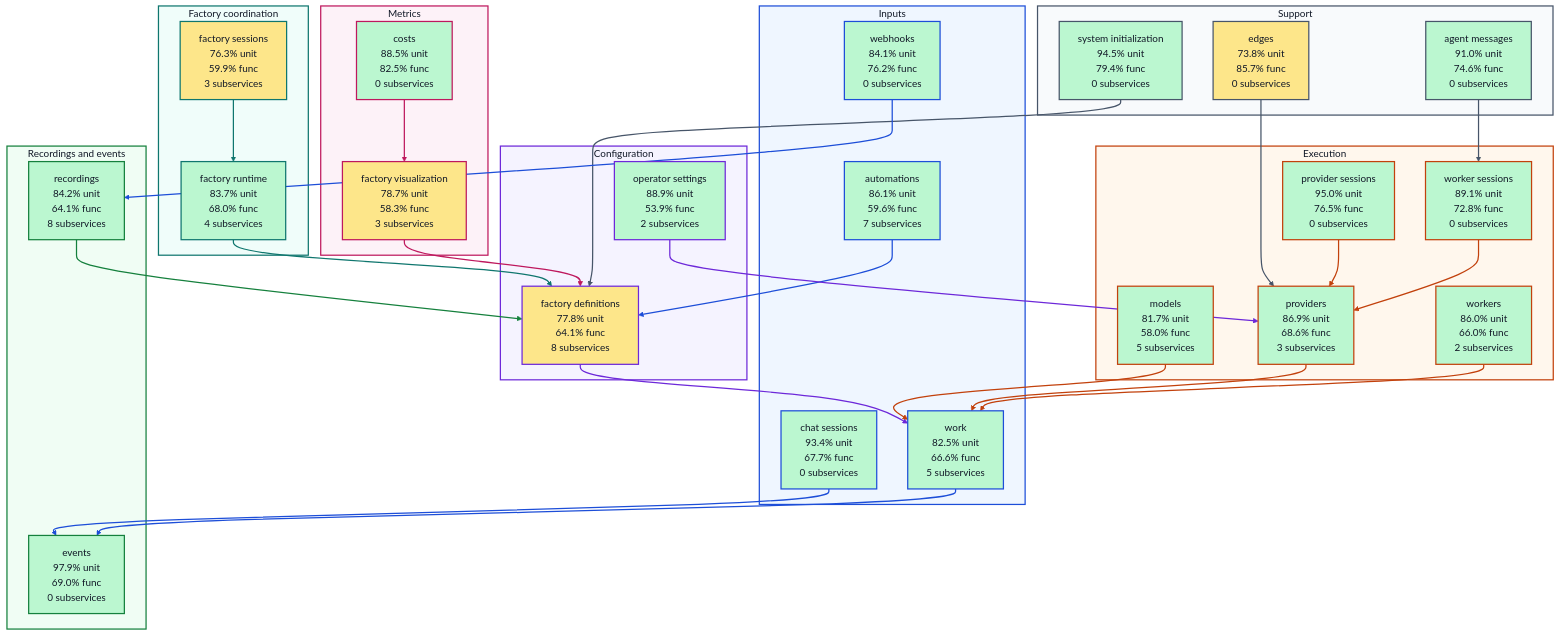
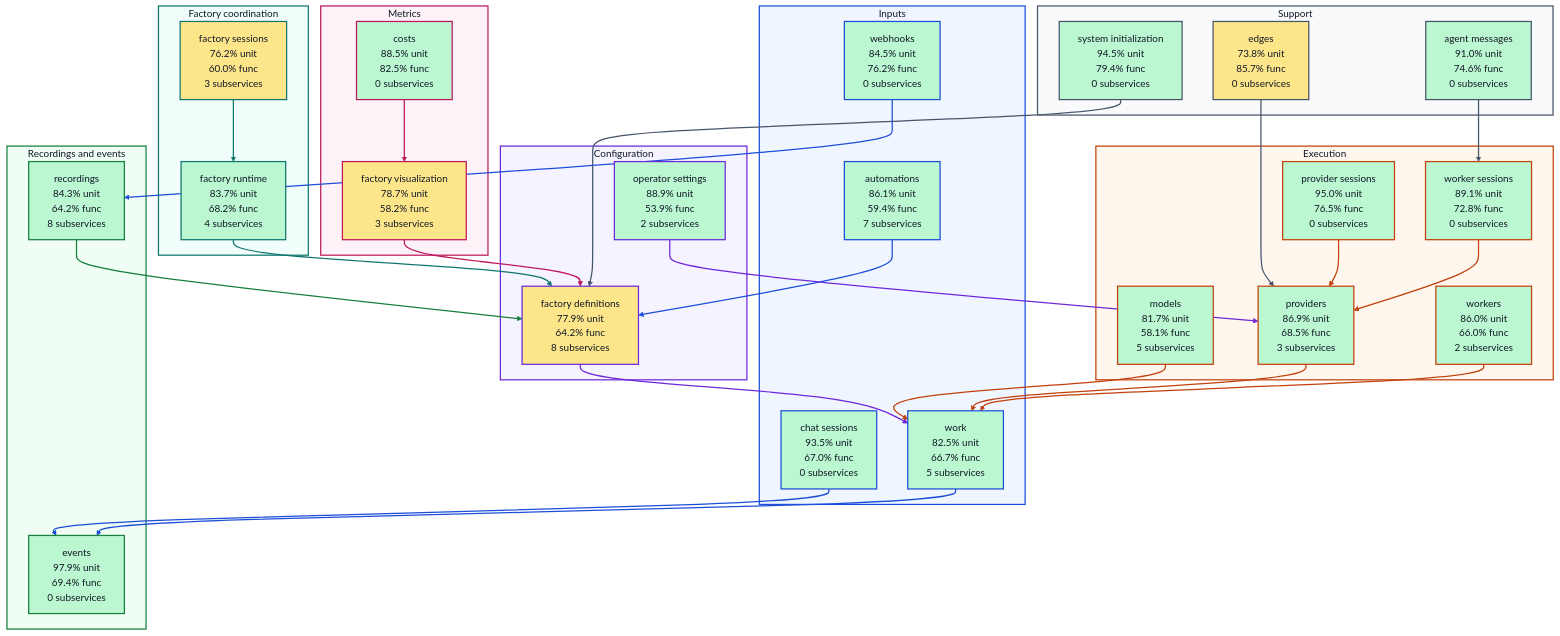
Before and after one commit to portpowered/you-agent-factory: the diagram in docs/architecture/visualizations/high-level-test-coverage.md, drawn with Mermaid. The commit also changed other lines of this file and 21 other files, not shown here.

Commit message:
docs: refresh backend architecture visualizations

````diff
--- a/docs/architecture/visualizations/high-level-test-coverage.md
+++ b/docs/architecture/visualizations/high-level-test-coverage.md
@@ -11,33 +11,33 @@
 ```mermaid
 flowchart TB
   subgraph input["Inputs"]
-    s_services_automations["automations<br/>86.1% unit<br/>59.6% func<br/>7 subservices"]
-    s_services_chat_sessions["chat sessions<br/>93.4% unit<br/>67.7% func<br/>0 subservices"]
-    s_services_webhooks["webhooks<br/>84.1% unit<br/>76.2% func<br/>0 subservices"]
-    s_services_work["work<br/>82.5% unit<br/>66.6% func<br/>5 subservices"]
+    s_services_automations["automations<br/>86.1% unit<br/>59.4% func<br/>7 subservices"]
+    s_services_chat_sessions["chat sessions<br/>93.5% unit<br/>67.0% func<br/>0 subservices"]
+    s_services_webhooks["webhooks<br/>84.5% unit<br/>76.2% func<br/>0 subservices"]
+    s_services_work["work<br/>82.5% unit<br/>66.7% func<br/>5 subservices"]
   end
   subgraph configuration["Configuration"]
-    s_services_factory_definitions["factory definitions<br/>77.8% unit<br/>64.1% func<br/>8 subservices"]
+    s_services_factory_definitions["factory definitions<br/>77.9% unit<br/>64.2% func<br/>8 subservices"]
     s_services_operator_settings["operator settings<br/>88.9% unit<br/>53.9% func<br/>2 subservices"]
   end
   subgraph coordination["Factory coordination"]
-    s_services_factory_runtime["factory runtime<br/>83.7% unit<br/>68.0% func<br/>4 subservices"]
-    s_services_factory_sessions["factory sessions<br/>76.3% unit<br/>59.9% func<br/>3 subservices"]
+    s_services_factory_runtime["factory runtime<br/>83.7% unit<br/>68.2% func<br/>4 subservices"]
+    s_services_factory_sessions["factory sessions<br/>76.2% unit<br/>60.0% func<br/>3 subservices"]
   end
   subgraph execution["Execution"]
-    s_services_models["models<br/>81.7% unit<br/>58.0% func<br/>5 subservices"]
+    s_services_models["models<br/>81.7% unit<br/>58.1% func<br/>5 subservices"]
     s_services_provider_sessions["provider sessions<br/>95.0% unit<br/>76.5% func<br/>0 subservices"]
-    s_services_providers["providers<br/>86.9% unit<br/>68.6% func<br/>3 subservices"]
+    s_services_providers["providers<br/>86.9% unit<br/>68.5% func<br/>3 subservices"]
     s_services_worker_sessions["worker sessions<br/>89.1% unit<br/>72.8% func<br/>0 subservices"]
     s_services_workers["workers<br/>86.0% unit<br/>66.0% func<br/>2 subservices"]
   end
   subgraph recordings["Recordings and events"]
-    s_services_events["events<br/>97.9% unit<br/>69.0% func<br/>0 subservices"]
-    s_services_recordings["recordings<br/>84.2% unit<br/>64.1% func<br/>8 subservices"]
+    s_services_events["events<br/>97.9% unit<br/>69.4% func<br/>0 subservices"]
+    s_services_recordings["recordings<br/>84.3% unit<br/>64.2% func<br/>8 subservices"]
   end
   subgraph metrics["Metrics"]
     s_services_costs["costs<br/>88.5% unit<br/>82.5% func<br/>0 subservices"]
-    s_services_factory_visualization["factory visualization<br/>78.7% unit<br/>58.3% func<br/>3 subservices"]
+    s_services_factory_visualization["factory visualization<br/>78.7% unit<br/>58.2% func<br/>3 subservices"]
   end
   subgraph support["Support"]
     s_services_agent_messages["agent messages<br/>91.0% unit<br/>74.6% func<br/>0 subservices"]
````
